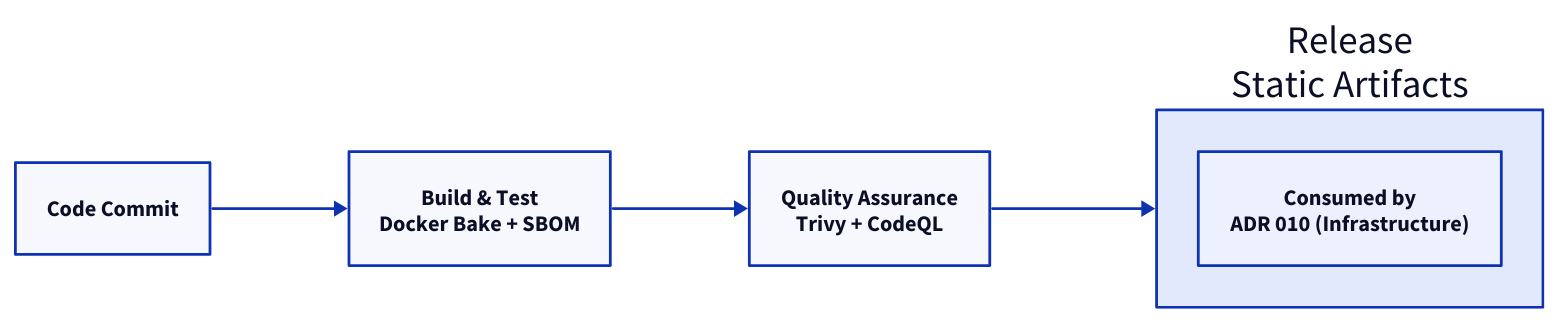
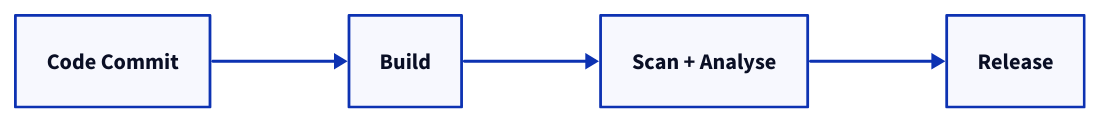
Before and after one commit to wagov-dtt/architecture-decision-records: the diagram in development/004-cicd.md, drawn with D2. The commit also changed other lines of this file and 18 other files, not shown here.

First line of the commit message:
docs: simplify diagrams and improve ADR clarity

````diff
--- a/development/004-cicd.md
+++ b/development/004-cicd.md
@@ -38,12 +38,10 @@
 ```d2
 direction: right
 
-code: "Code Commit"
-build: "Build & Test\nDocker Bake + SBOM"
-qa: "Quality Assurance\nTrivy + CodeQL"
-release: "Release\nStatic Artifacts"
+code: Code Commit
+build: Build
+scan: Scan + Analyse
+release: Release
 
-code -> build -> qa -> release
-
-release.note: "Consumed by\nADR 010 (Infrastructure)"
+code -> build -> scan -> release
 ```
````
